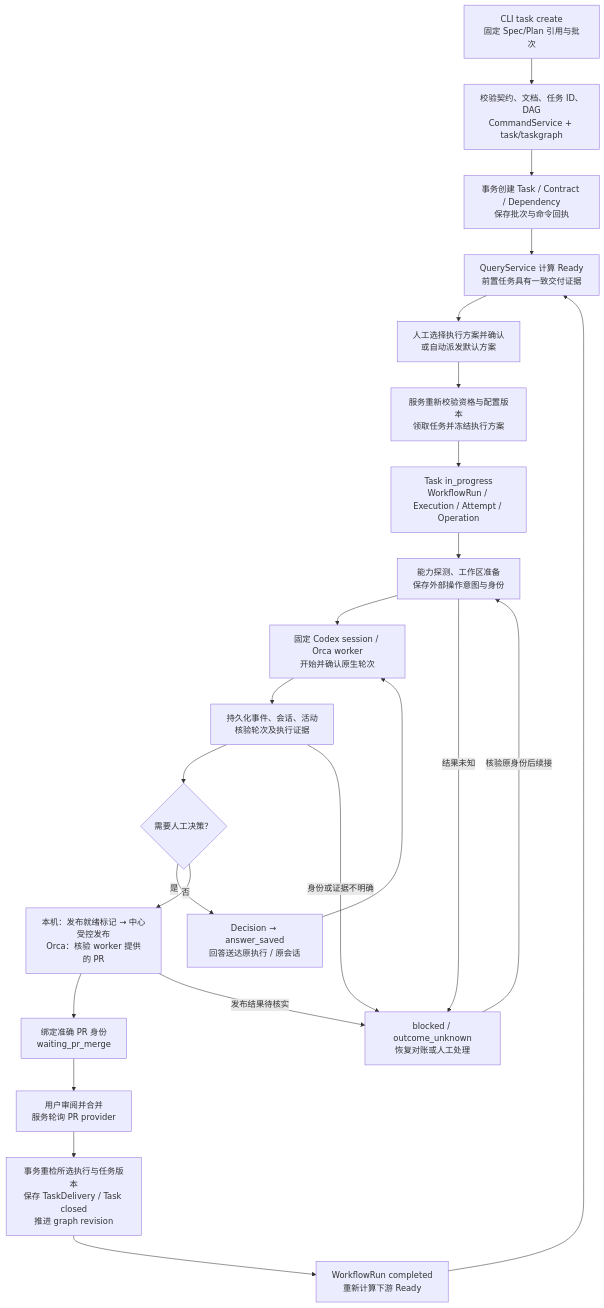
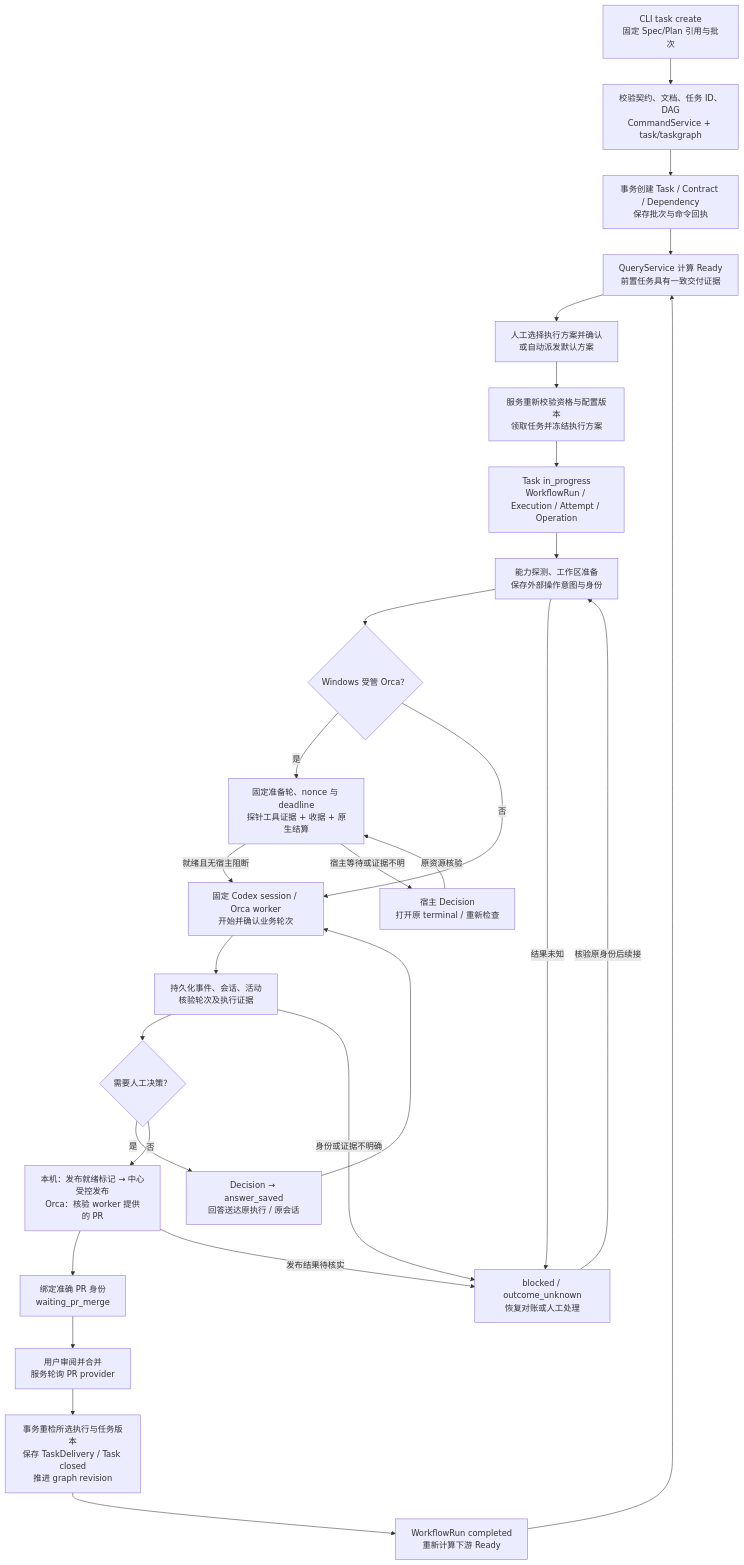
One commit to erranliu/SteerLine changed the fifth of 8 diagrams in docs/architecture/current-code-architecture.md. Above: the diagram before and after it, drawn with Mermaid. The commit also changed other lines of this file and 5 other files, not shown here.

````diff
--- a/docs/architecture/current-code-architecture.md
+++ b/docs/architecture/current-code-architecture.md
@@ -203,25 +232,30 @@
 ```mermaid
 flowchart TB
     Batch["CLI task create<br/>固定 Spec/Plan 引用与批次"] --> Validate["校验契约、文档、任务 ID、DAG<br/>CommandService + task/taskgraph"]
     Validate --> Create["事务创建 Task / Contract / Dependency<br/>保存批次与命令回执"]
     Create --> Ready["QueryService 计算 Ready<br/>前置任务具有一致交付证据"]
     Ready --> Start["人工选择执行方案并确认<br/>或自动派发默认方案"]
     Start --> Admit["服务重新校验资格与配置版本<br/>领取任务并冻结执行方案"]
     Admit --> Records["Task in_progress<br/>WorkflowRun / Execution / Attempt / Operation"]
     Records --> Prepare["能力探测、工作区准备<br/>保存外部操作意图与身份"]
-    Prepare --> Worker["固定 Codex session / Orca worker<br/>开始并确认原生轮次"]
+    Prepare --> Gate{"Windows 受管 Orca？"}
+    Gate -->|是| Preparation["固定准备轮、nonce 与 deadline<br/>探针工具证据 + 收据 + 原生结算"]
+    Preparation -->|就绪且无宿主阻断| Worker["固定 Codex session / Orca worker<br/>开始并确认业务轮次"]
+    Gate -->|否| Worker
     Worker --> Events["持久化事件、会话、活动<br/>核验轮次及执行证据"]
     Events --> Question{"需要人工决策？"}
     Question -->|是| Decision["Decision → answer_saved<br/>回答送达原执行 / 原会话"]
     Decision --> Worker
     Question -->|否| Publication["本机：发布就绪标记 → 中心受控发布<br/>Orca：核验 worker 提供的 PR"]
     Publication --> Wait["绑定准确 PR 身份<br/>waiting_pr_merge"]
     Wait --> Merge["用户审阅并合并<br/>服务轮询 PR provider"]
     Merge --> Delivery["事务重检所选执行与任务版本<br/>保存 TaskDelivery / Task closed<br/>推进 graph revision"]
     Delivery --> Complete["WorkflowRun completed<br/>重新计算下游 Ready"]
     Complete --> Ready
     Prepare -->|结果未知| Blocked["blocked / outcome_unknown<br/>恢复对账或人工处理"]
+    Preparation -->|宿主等待或证据不明| HostWait["宿主 Decision<br/>打开原 terminal / 重新检查"]
+    HostWait -->|原资源核验| Preparation
     Events -->|身份或证据不明确| Blocked
     Publication -->|发布结果待核实| Blocked
     Blocked -->|核验原身份后续接| Prepare
 ```
````
